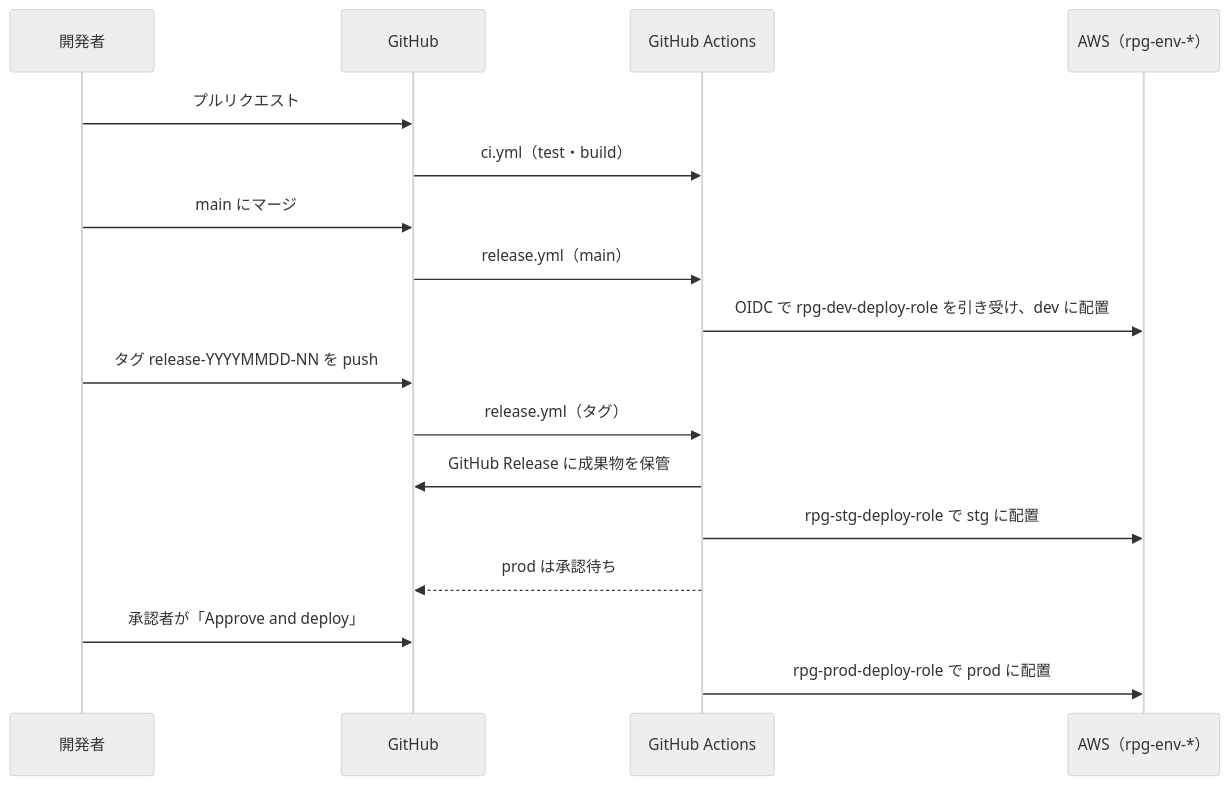
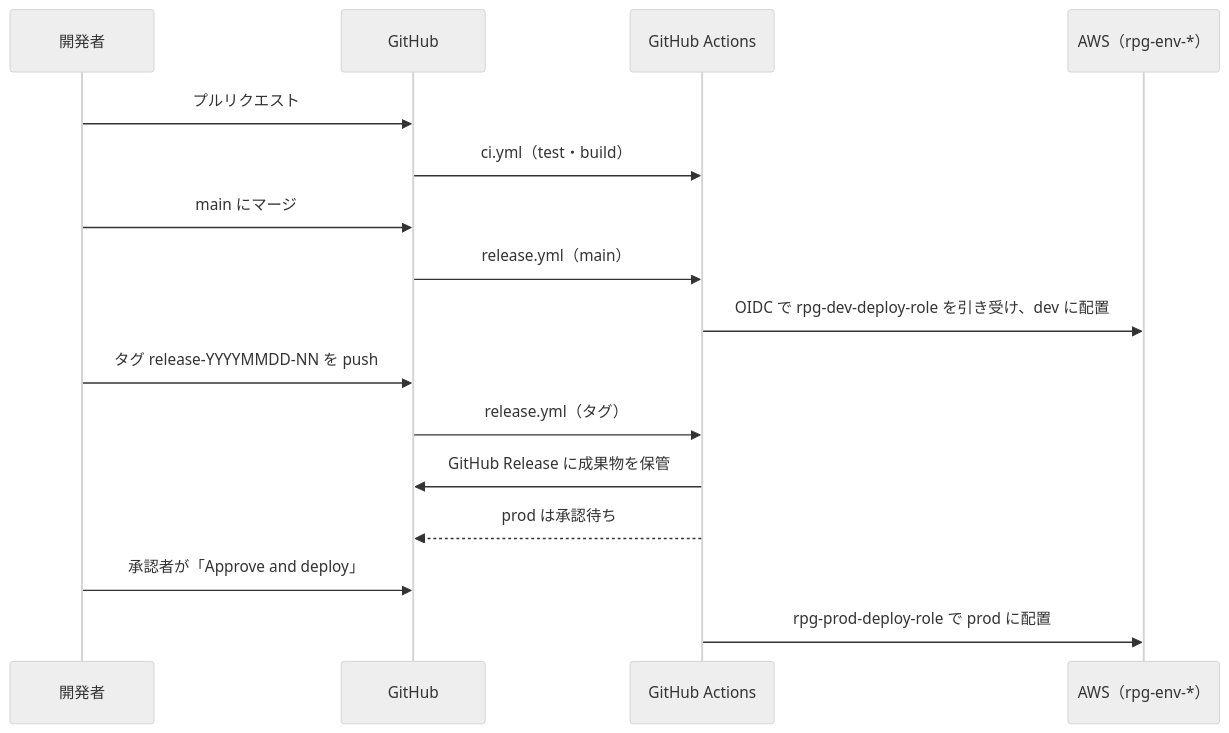
One commit to pocarialice/rpglearning changed the eighth of 8 diagrams in documents/詳細設計書_RPG学習アプリ.md. Above: the diagram before and after it, drawn with Mermaid (neutral theme). The commit also changed other lines of this file and 10 other files, not shown here.

````diff
--- a/documents/詳細設計書_RPG学習アプリ.md
+++ b/documents/詳細設計書_RPG学習アプリ.md
@@ -1736,19 +1746,18 @@
 ```mermaid
 sequenceDiagram
   participant Dev as 開発者
   participant GH as GitHub
   participant GA as GitHub Actions
   participant AWS as AWS（rpg-env-*）
   Dev->>GH: プルリクエスト
   GH->>GA: ci.yml（test・build）
   Dev->>GH: main にマージ
   GH->>GA: release.yml（main）
   GA->>AWS: OIDC で rpg-dev-deploy-role を引き受け、dev に配置
   Dev->>GH: タグ release-YYYYMMDD-NN を push
   GH->>GA: release.yml（タグ）
   GA->>GH: GitHub Release に成果物を保管
-  GA->>AWS: rpg-stg-deploy-role で stg に配置
   GA-->>GH: prod は承認待ち
   Dev->>GH: 承認者が「Approve and deploy」
   GA->>AWS: rpg-prod-deploy-role で prod に配置
 ```
````
